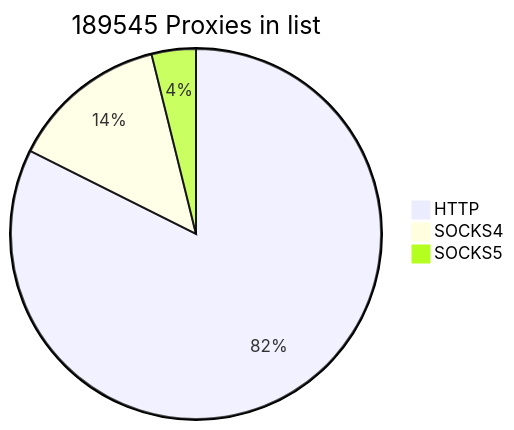
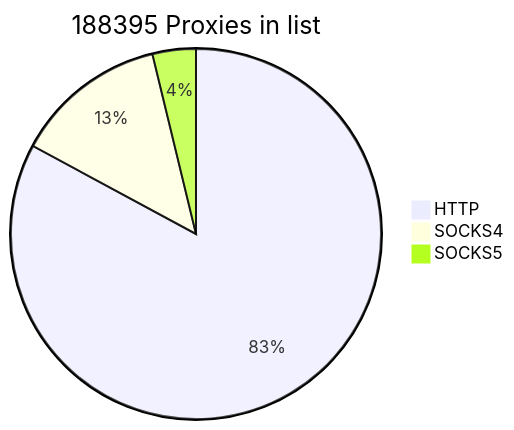
One commit to cutipu/proxylist changed the first of 2 diagrams in README.md. Above: the diagram before and after it, drawn with Mermaid. The commit also changed other lines of this file, not shown here.

````diff
--- a/README.md
+++ b/README.md
@@ -2,7 +2,7 @@
 ```mermaid
-pie title 189545 Proxies in list
-    "HTTP" : 156176
-    "SOCKS4" : 26053
-    "SOCKS5" : 7316
+pie title 188395 Proxies in list
+    "HTTP" : 156146
+    "SOCKS4" : 25121
+    "SOCKS5" : 7128
             
 ```
````
